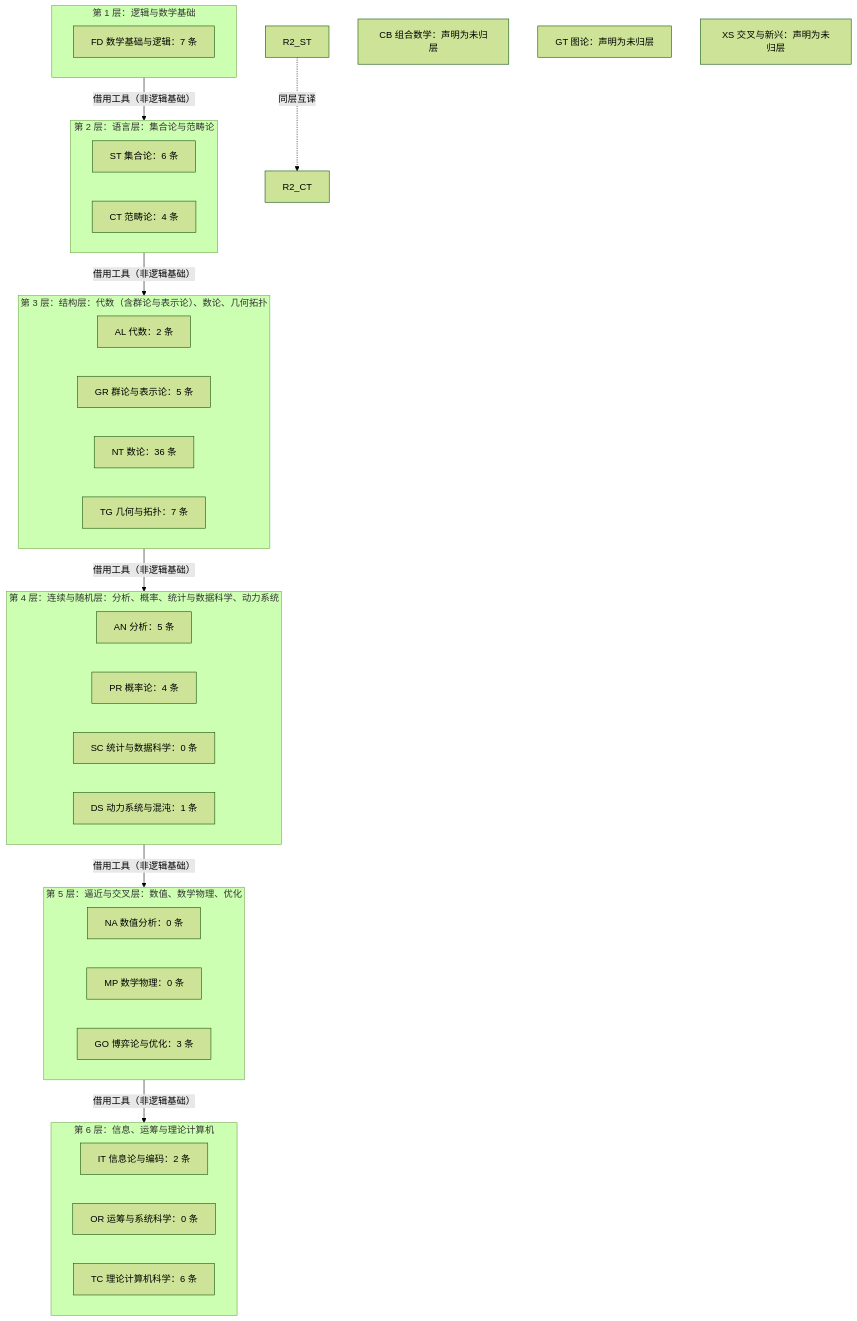
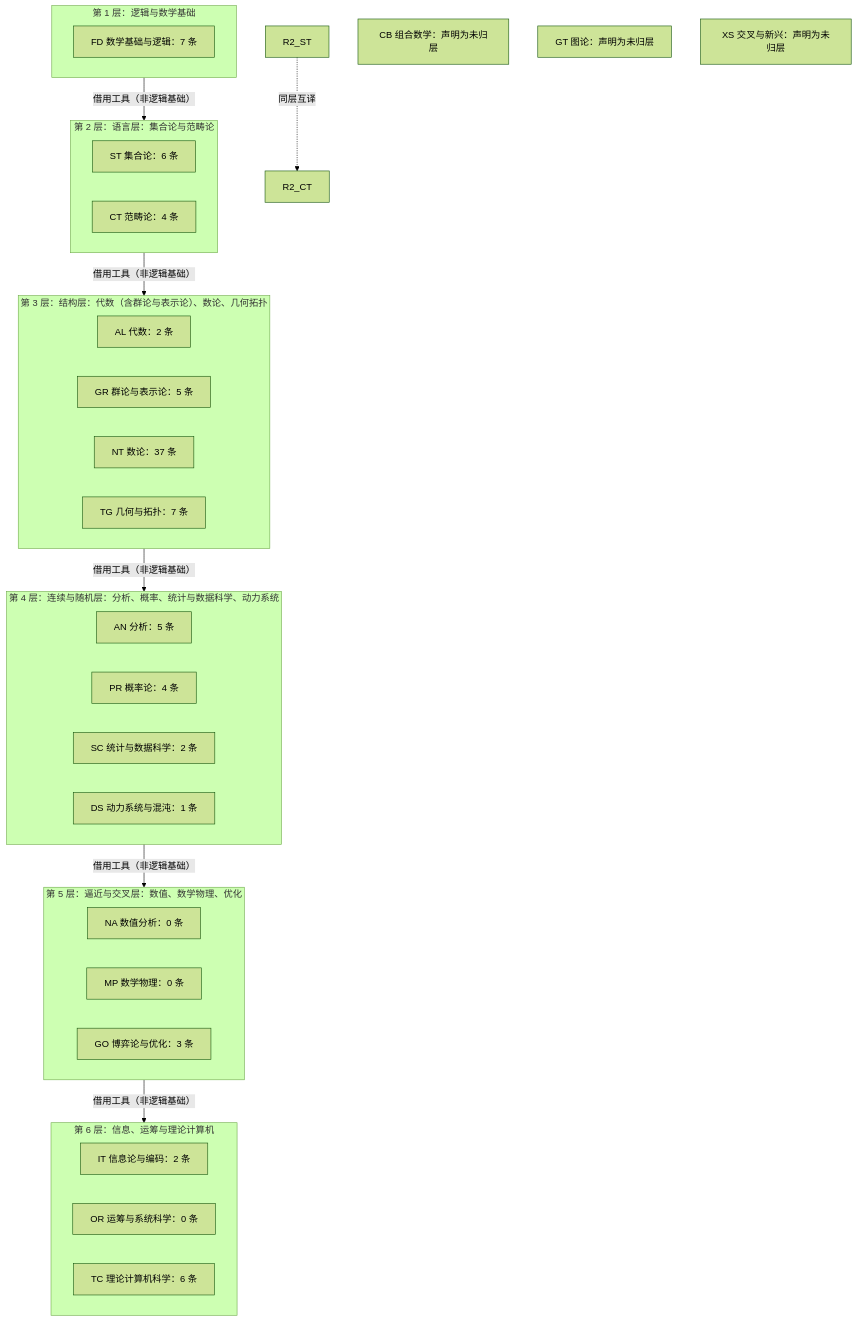
Before and after one commit to aikjx/openmath: the second of 5 diagrams in 10-文献与索引/四层总览.md, drawn with Mermaid (forest theme). The commit also changed other lines of this file and 28 other files, not shown here.

````diff
--- a/10-文献与索引/四层总览.md
+++ b/10-文献与索引/四层总览.md
@@ -166,41 +170,41 @@
 ```mermaid
 flowchart TB
   subgraph R1[第 1 层：逻辑与数学基础]
     T1_FD["FD 数学基础与逻辑：7 条"]
   end
   subgraph R2[第 2 层：语言层：集合论与范畴论]
     T2_ST["ST 集合论：6 条"]
     T2_CT["CT 范畴论：4 条"]
   end
   R1 -->|"借用工具（非逻辑基础）"| R2
   subgraph R3[第 3 层：结构层：代数（含群论与表示论）、数论、几何拓扑]
     T3_AL["AL 代数：2 条"]
     T3_GR["GR 群论与表示论：5 条"]
-    T3_NT["NT 数论：36 条"]
+    T3_NT["NT 数论：37 条"]
     T3_TG["TG 几何与拓扑：7 条"]
   end
   R2 -->|"借用工具（非逻辑基础）"| R3
   subgraph R4[第 4 层：连续与随机层：分析、概率、统计与数据科学、动力系统]
     T4_AN["AN 分析：5 条"]
     T4_PR["PR 概率论：4 条"]
-    T4_SC["SC 统计与数据科学：0 条"]
+    T4_SC["SC 统计与数据科学：2 条"]
     T4_DS["DS 动力系统与混沌：1 条"]
   end
   R3 -->|"借用工具（非逻辑基础）"| R4
   subgraph R5[第 5 层：逼近与交叉层：数值、数学物理、优化]
     T5_NA["NA 数值分析：0 条"]
     T5_MP["MP 数学物理：0 条"]
     T5_GO["GO 博弈论与优化：3 条"]
   end
   R4 -->|"借用工具（非逻辑基础）"| R5
   subgraph R6[第 6 层：信息、运筹与理论计算机]
     T6_IT["IT 信息论与编码：2 条"]
     T6_OR["OR 运筹与系统科学：0 条"]
     T6_TC["TC 理论计算机科学：6 条"]
   end
   R5 -->|"借用工具（非逻辑基础）"| R6
   R2_ST -.->|同层互译| R2_CT
   U_CB["CB 组合数学：声明为未归层"]
   U_GT["GT 图论：声明为未归层"]
   U_XS["XS 交叉与新兴：声明为未归层"]
 ```
````
